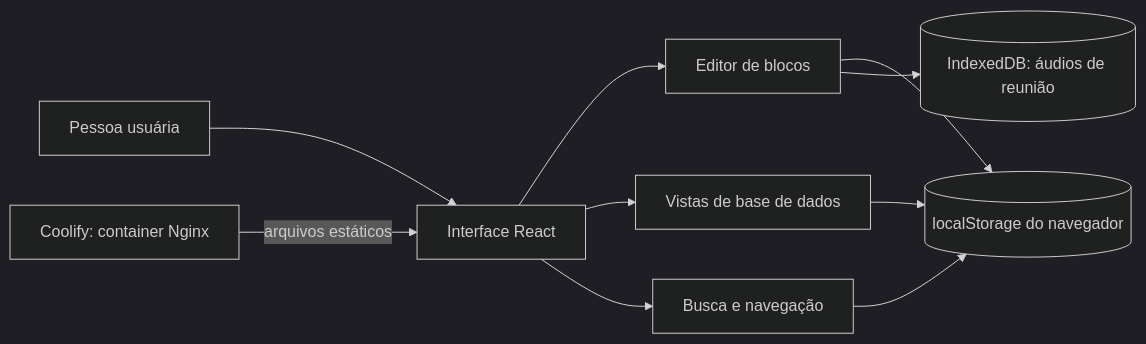
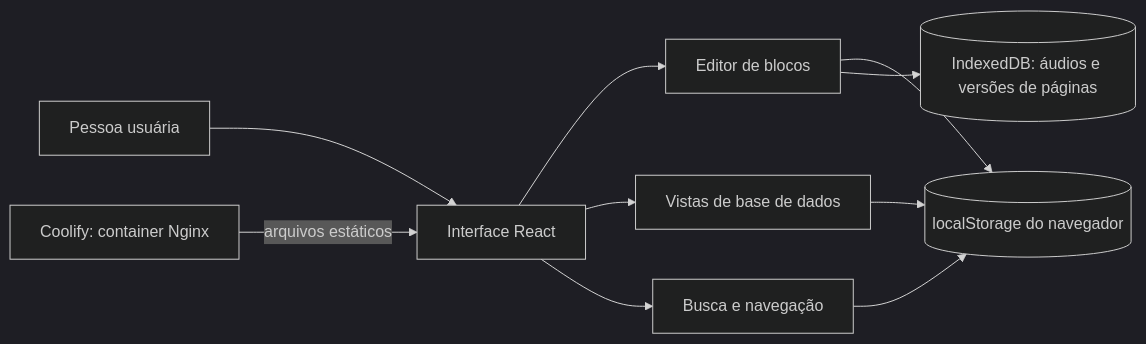
The diagram in docs/engenharia-reversa.md (jocarvalhosantos/Zotion), drawn with Mermaid (dark theme) before and after one commit. The commit also changed other lines of this file and 15 other files, not shown here.

````diff
--- a/docs/engenharia-reversa.md
+++ b/docs/engenharia-reversa.md
@@ -190,12 +190,12 @@
 ```mermaid
 flowchart LR
   U[Pessoa usuária] --> W[Interface React]
   W --> E[Editor de blocos]
   W --> D[Vistas de base de dados]
   W --> S[Busca e navegação]
   E --> L[(localStorage do navegador)]
-  E --> I[(IndexedDB: áudios de reunião)]
+  E --> I[(IndexedDB: áudios e versões de páginas)]
   D --> L
   S --> L
   C[Coolify: container Nginx] -->|arquivos estáticos| W
 ```
````
